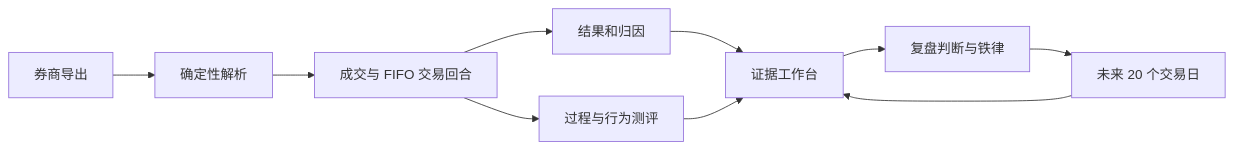
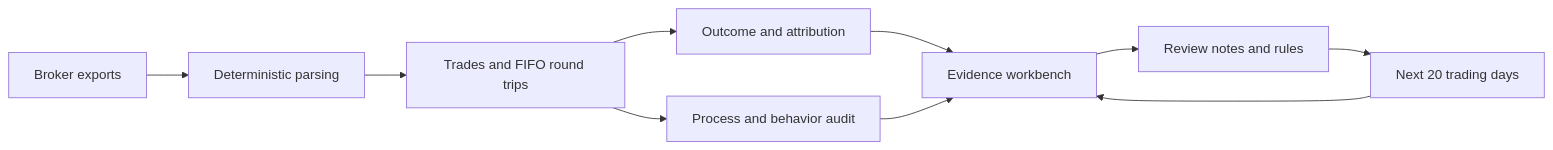
One commit to Jincrediblez/TradeCraft_opensource changed the diagram in README.md. Above: the diagram before and after it, drawn with Mermaid. The commit also changed other lines of this file and 113 other files, not shown here.

````diff
--- a/README.md
+++ b/README.md
@@ -69,12 +68,12 @@
 ```mermaid
 flowchart LR
-    A[券商导出] --> B[确定性解析]
-    B --> C[成交与 FIFO 交易回合]
-    C --> D[结果和归因]
-    C --> E[过程与行为测评]
-    D --> F[证据工作台]
+    A[Broker exports] --> B[Deterministic parsing]
+    B --> C[Trades and FIFO round trips]
+    C --> D[Outcome and attribution]
+    C --> E[Process and behavior audit]
+    D --> F[Evidence workbench]
     E --> F
-    F --> G[复盘判断与铁律]
-    G --> H[未来 20 个交易日]
+    F --> G[Review notes and rules]
+    G --> H[Next 20 trading days]
     H --> F
 ```
````
